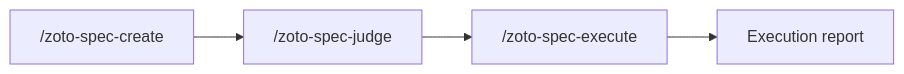
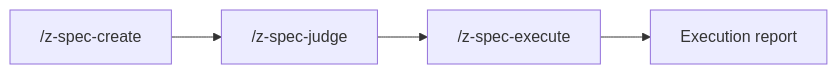
Before and after one commit to zotoio/zoto-agents: the diagram in plugins/zoto-spec-system/README.md, drawn with Mermaid. The commit also changed other lines of this file and 100 other files, not shown here.

````diff
--- a/plugins/zoto-spec-system/README.md
+++ b/plugins/zoto-spec-system/README.md
@@ -109,6 +197,6 @@
 ```mermaid
 flowchart LR
-  A["/zoto-spec-create"] --> B["/zoto-spec-judge"]
-  B --> C["/zoto-spec-execute"]
+  A["/z-spec-create"] --> B["/z-spec-judge"]
+  B --> C["/z-spec-execute"]
   C --> D["Execution report"]
 ```
````
